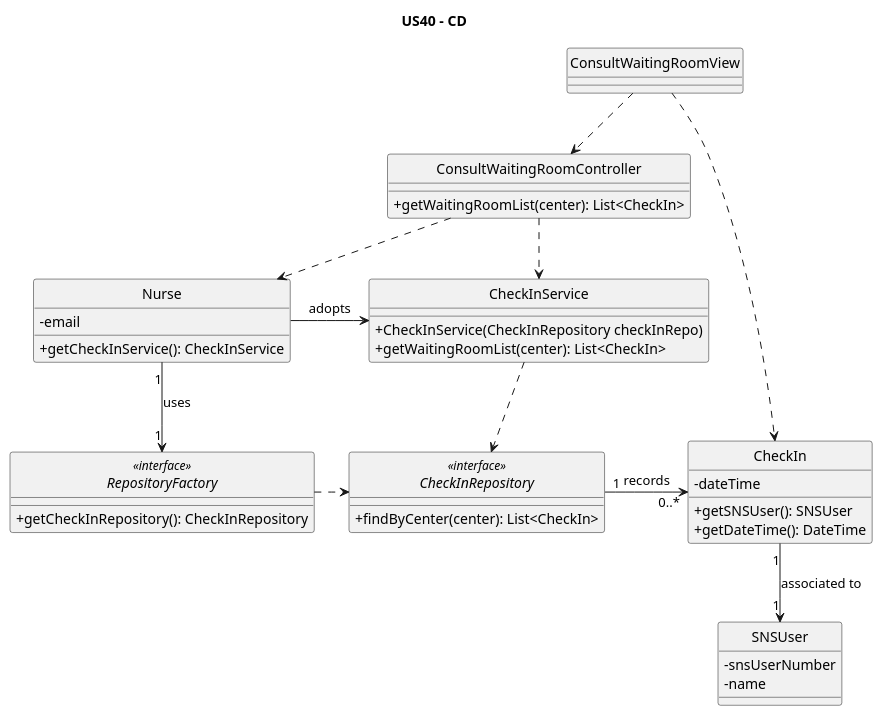
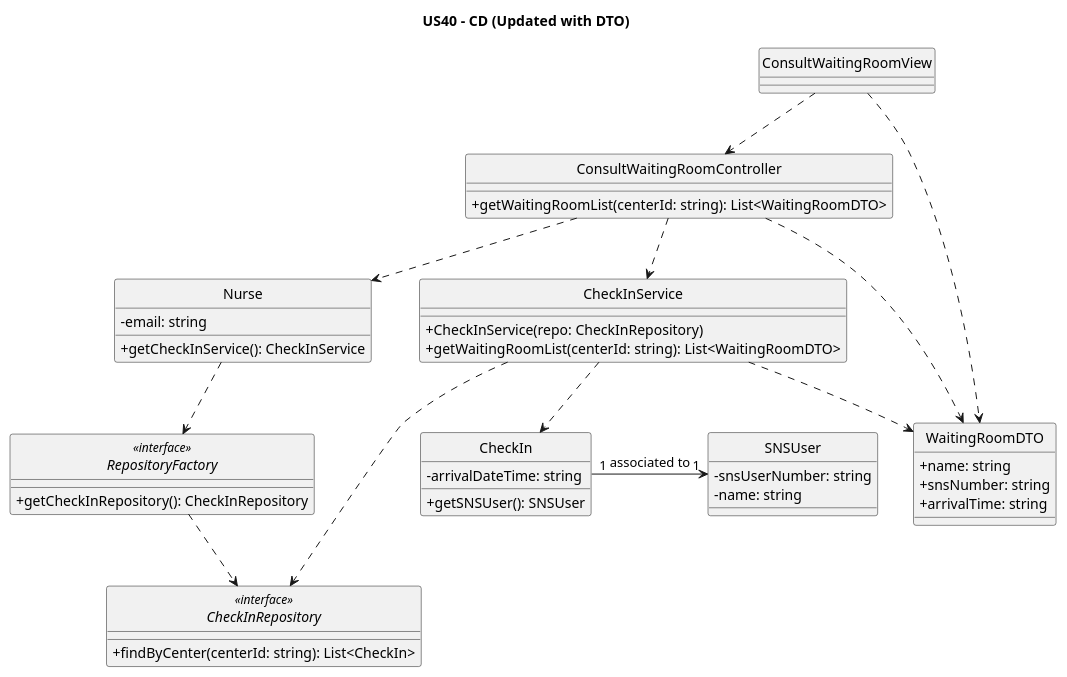
One commit to luluisfcm/leti-esoft-25-26-B5 changed the diagram in docs/system-documentation/US40/puml/US40-CD.puml. Above: the diagram before and after it, drawn with PlantUML. The commit also changed 8 other files, not shown here.

```diff
--- a/docs/system-documentation/US40/puml/US40-CD.puml
+++ b/docs/system-documentation/US40/puml/US40-CD.puml
@@ -1,55 +1,63 @@
 @startuml
 hide circle
-title US40 - CD
+title US40 - CD (Updated with DTO)
 skinparam classAttributeIconSize 0
 
 class ConsultWaitingRoomView {
 }
 
 class ConsultWaitingRoomController {
-    +getWaitingRoomList(center): List<CheckIn>
+    +getWaitingRoomList(centerId: string): List<WaitingRoomDTO>
+}
+
+class WaitingRoomDTO {
+    +name: string
+    +snsNumber: string
+    +arrivalTime: string
 }
 
 class Nurse {
-    - email
+    -email: string
     +getCheckInService(): CheckInService
 }
 
 class CheckInService {
-    +CheckInService(CheckInRepository checkInRepo)
-    +getWaitingRoomList(center): List<CheckIn>
+    +CheckInService(repo: CheckInRepository)
+    +getWaitingRoomList(centerId: string): List<WaitingRoomDTO>
 }
 
 interface CheckInRepository <<interface>> {
-    +findByCenter(center): List<CheckIn>
+    +findByCenter(centerId: string): List<CheckIn>
 }
 
 interface RepositoryFactory <<interface>> {
     +getCheckInRepository(): CheckInRepository
 }
 
 class CheckIn {
-    - dateTime
+    -arrivalDateTime: string
     +getSNSUser(): SNSUser
-    +getDateTime(): DateTime
 }
 
 class SNSUser {
-    - snsUserNumber
-    - name
+    -snsUserNumber: string
+    -name: string
 }
 
-Nurse "1" -down-> "1" RepositoryFactory: uses
-CheckInRepository "1" -right-> "0..*" CheckIn: records
-CheckIn "1" -down-> "1" SNSUser: associated to
+' Relationships
+ConsultWaitingRoomView ..> ConsultWaitingRoomController
+ConsultWaitingRoomView ..> WaitingRoomDTO
 
-ConsultWaitingRoomView ..> ConsultWaitingRoomController
-ConsultWaitingRoomView ..> CheckIn
 ConsultWaitingRoomController ..> Nurse
 ConsultWaitingRoomController ..> CheckInService
+ConsultWaitingRoomController ..> WaitingRoomDTO
+
 CheckInService ..> CheckInRepository
+CheckInService ..> WaitingRoomDTO
+CheckInService ..> CheckIn
 
-Nurse -> CheckInService: adopts
-RepositoryFactory .right.> CheckInRepository
+Nurse ..> RepositoryFactory
+RepositoryFactory ..> CheckInRepository
 
+CheckIn "1" -> "1" SNSUser : associated to
 @enduml
```
